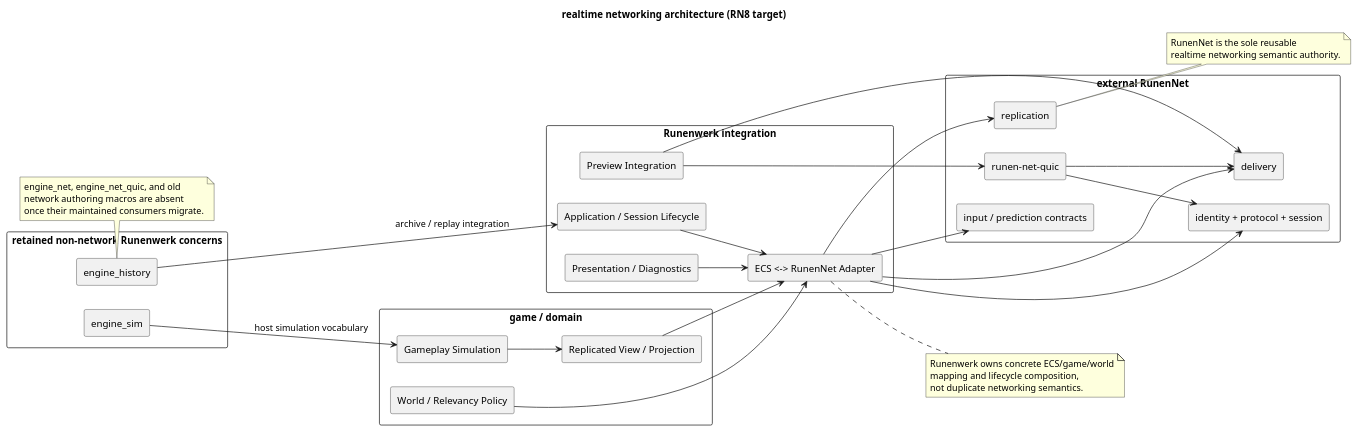
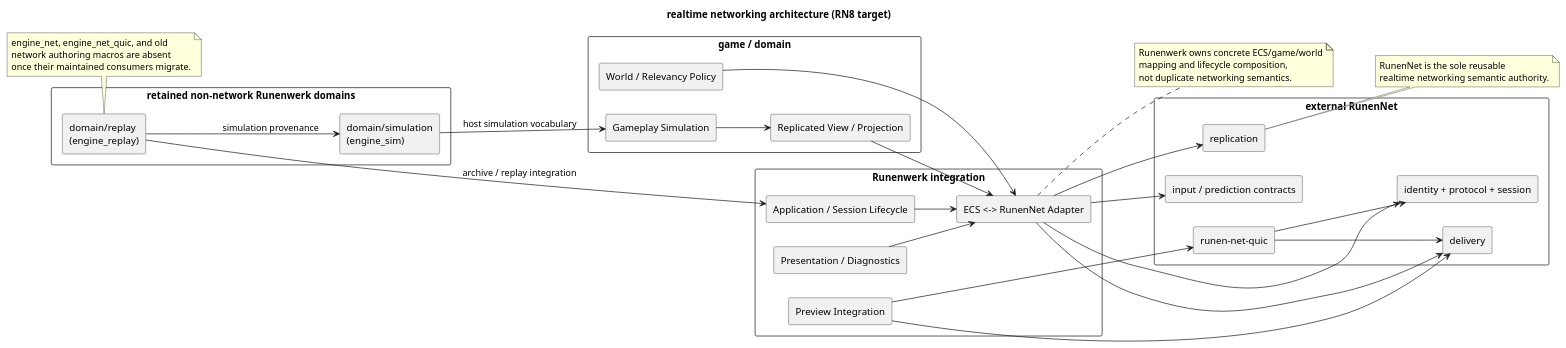
One commit to dornglut/runenwerk changed the diagram in net/architecture-target.puml. Above: the diagram before and after it, drawn with PlantUML. The commit also changed 41 other files, not shown here.

Commit message:
[Simulation/Replay] Rehome local simulation and replay authority (#944)

```diff
--- a/net/architecture-target.puml
+++ b/net/architecture-target.puml
@@ -1,68 +1,69 @@
 @startuml
 title realtime networking architecture (RN8 target)
 
 skinparam componentStyle rectangle
 skinparam packageStyle rectangle
 left to right direction
 
 package "game / domain" {
   [Gameplay Simulation] as game_sim
   [Replicated View / Projection] as replicated_view
   [World / Relevancy Policy] as world_policy
 }
 
 package "Runenwerk integration" {
   [Application / Session Lifecycle] as app_lifecycle
   [ECS <-> RunenNet Adapter] as ecs_adapter
   [Preview Integration] as preview_integration
   [Presentation / Diagnostics] as presentation
 }
 
 package "external RunenNet" {
   [identity + protocol + session] as runennet_session
   [delivery] as runennet_delivery
   [replication] as runennet_replication
   [input / prediction contracts] as runennet_prediction
   [runen-net-quic] as runennet_quic
 }
 
-package "retained non-network Runenwerk concerns" {
-  [engine_sim] as engine_sim
-  [engine_history] as engine_history
+package "retained non-network Runenwerk domains" {
+  [domain/simulation\n(engine_sim)] as engine_sim
+  [domain/replay\n(engine_replay)] as engine_replay
 }
 
 game_sim --> replicated_view
 replicated_view --> ecs_adapter
 world_policy --> ecs_adapter
 app_lifecycle --> ecs_adapter
 ecs_adapter --> runennet_session
 ecs_adapter --> runennet_delivery
 ecs_adapter --> runennet_replication
 ecs_adapter --> runennet_prediction
 preview_integration --> runennet_delivery
 preview_integration --> runennet_quic
 runennet_quic --> runennet_session
 runennet_quic --> runennet_delivery
 presentation --> ecs_adapter
 
 engine_sim --> game_sim : host simulation vocabulary
-engine_history --> app_lifecycle : archive / replay integration
+engine_replay --> app_lifecycle : archive / replay integration
+engine_replay --> engine_sim : simulation provenance
 
 note right of runennet_replication
 RunenNet is the sole reusable
 realtime networking semantic authority.
 end note
 
 note right of ecs_adapter
 Runenwerk owns concrete ECS/game/world
 mapping and lifecycle composition,
 not duplicate networking semantics.
 end note
 
-note bottom of engine_history
+note bottom of engine_replay
 engine_net, engine_net_quic, and old
 network authoring macros are absent
 once their maintained consumers migrate.
 end note
 
 @enduml
```
